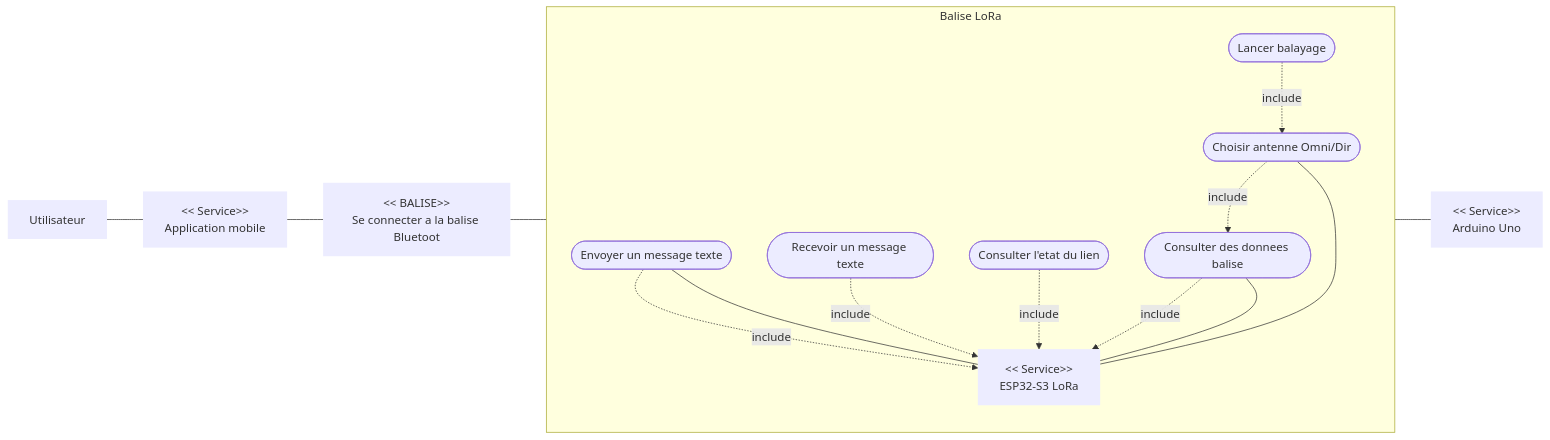
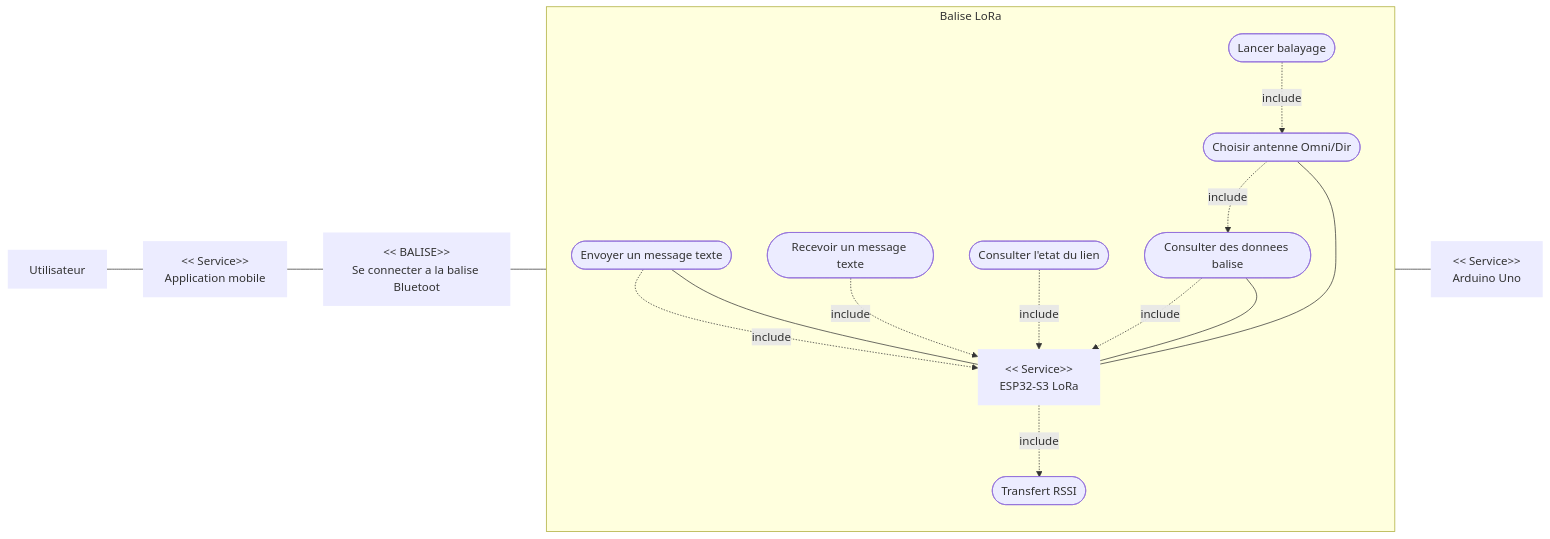
Before and after one commit to SHU445/Projet-LoRa-72h: the first of 7 diagrams in Diagrammes_SysML_Projet_LoRa.md, drawn with Mermaid.

Commit message:
"CorrectUseCase3.4"

````diff
--- a/Diagrammes_SysML_Projet_LoRa.md
+++ b/Diagrammes_SysML_Projet_LoRa.md
@@ -12,37 +12,39 @@
 ```mermaid
 flowchart LR
   rU["Utilisateur"]:::role
   rAPP["<< Service>>\nApplication mobile"]:::role
   rESP["<< Service>>\nESP32-S3 LoRa"]:::role
   rARD["<< Service>>\nArduino Uno"]:::role
   rCONN["<< BALISE>>\nSe connecter a la balise Bluetoot"]:::role
 
   subgraph S["Balise LoRa"]
     direction TB
     ucSend([Envoyer un message texte])
     ucReceive([Recevoir un message texte])
     ucStatus([Consulter l'etat du lien])
     ucData([Consulter des donnees balise])
     ucSelectAntenna([Choisir antenne Omni/Dir])
     ucScan([Lancer balayage])
+    ucRssi([Transfert RSSI])
 
     ucSend -. include .-> rESP
     ucReceive -. include .-> rESP
     ucStatus -. include .-> rESP
     ucData -. include .-> rESP
     ucSelectAntenna -. include .-> ucData
     ucScan -. include .-> ucSelectAntenna
+    rESP -. include .-> ucRssi
   end
 
   rU --- rAPP
   rAPP --- rCONN
   rCONN --- rESP
 
   ucSend --- rESP
   ucData --- rESP
   ucSelectAntenna --- rESP
 
   ucScan --- rARD
 
   classDef role stroke-width:0px;
 ```
````
